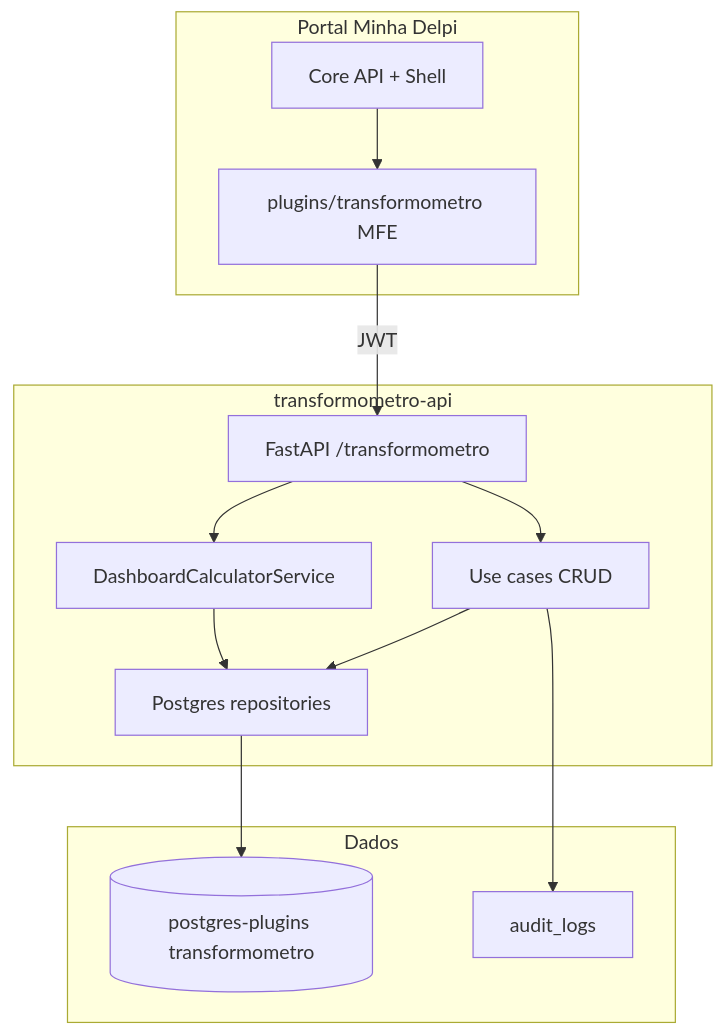
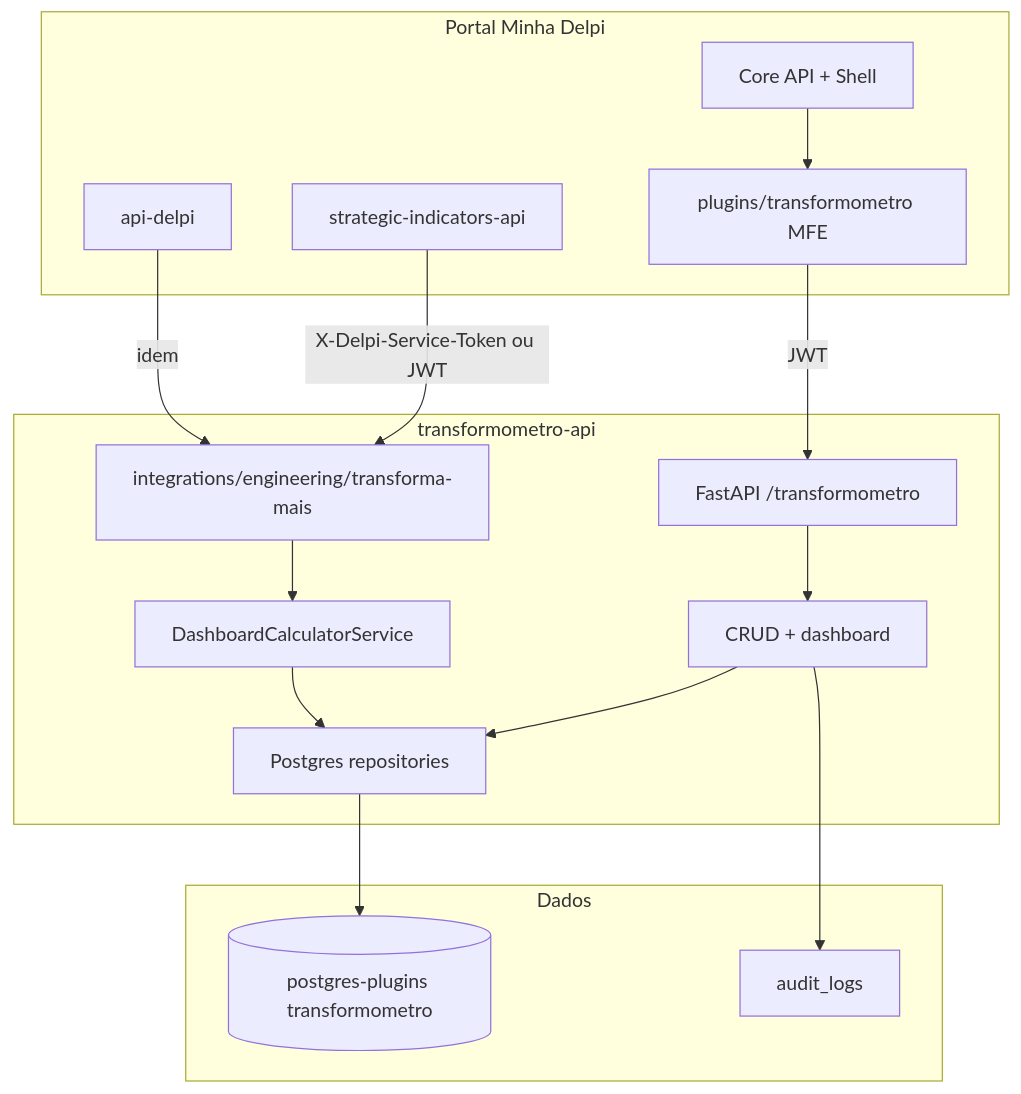
The diagram in docs/12-roadmap-e-evolucao/transformometro-app/ARCHITECTURE.md (roberiooliveiradev/delpi-central), drawn with Mermaid before and after one commit. The commit also changed other lines of this file and 8 other files, not shown here.

````diff
--- a/docs/12-roadmap-e-evolucao/transformometro-app/ARCHITECTURE.md
+++ b/docs/12-roadmap-e-evolucao/transformometro-app/ARCHITECTURE.md
@@ -5,25 +5,30 @@
 ```mermaid
 flowchart TB
   subgraph portal [Portal Minha Delpi]
     Shell[Core API + Shell]
     MFE[plugins/transformometro MFE]
+    SI[strategic-indicators-api]
+    AD[api-delpi]
   end
   subgraph tm [transformometro-api]
     HTTP[FastAPI /transformometro]
-    UC[Use cases CRUD]
+    INT[integrations/engineering/transforma-mais]
+    UC[CRUD + dashboard]
     CALC[DashboardCalculatorService]
     REPO[Postgres repositories]
   end
   subgraph data [Dados]
     PG[(postgres-plugins transformometro)]
     AUDIT[audit_logs]
   end
   Shell --> MFE
   MFE -->|JWT| HTTP
+  SI -->|X-Delpi-Service-Token ou JWT| INT
+  AD -->|idem| INT
   HTTP --> UC
-  HTTP --> CALC
+  INT --> CALC
   UC --> REPO
   CALC --> REPO
   REPO --> PG
   UC --> AUDIT
 ```
````
